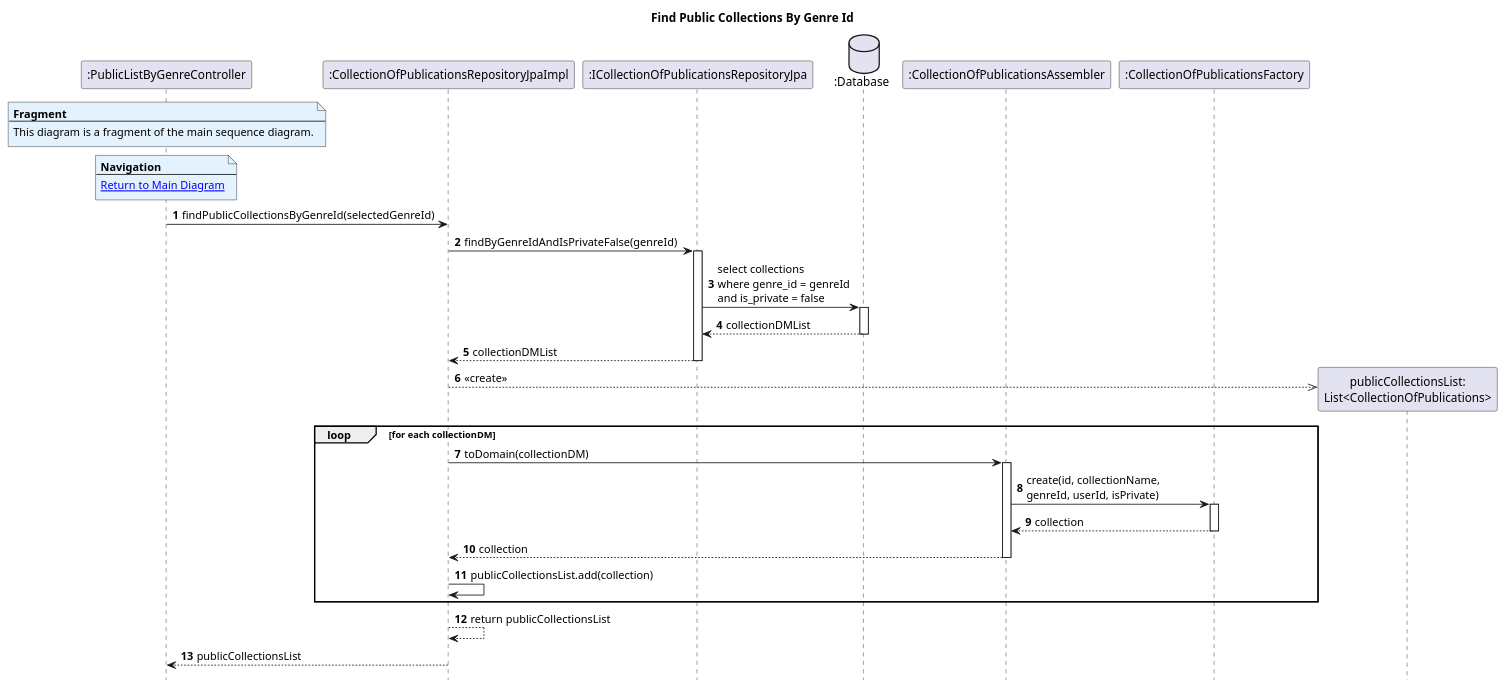
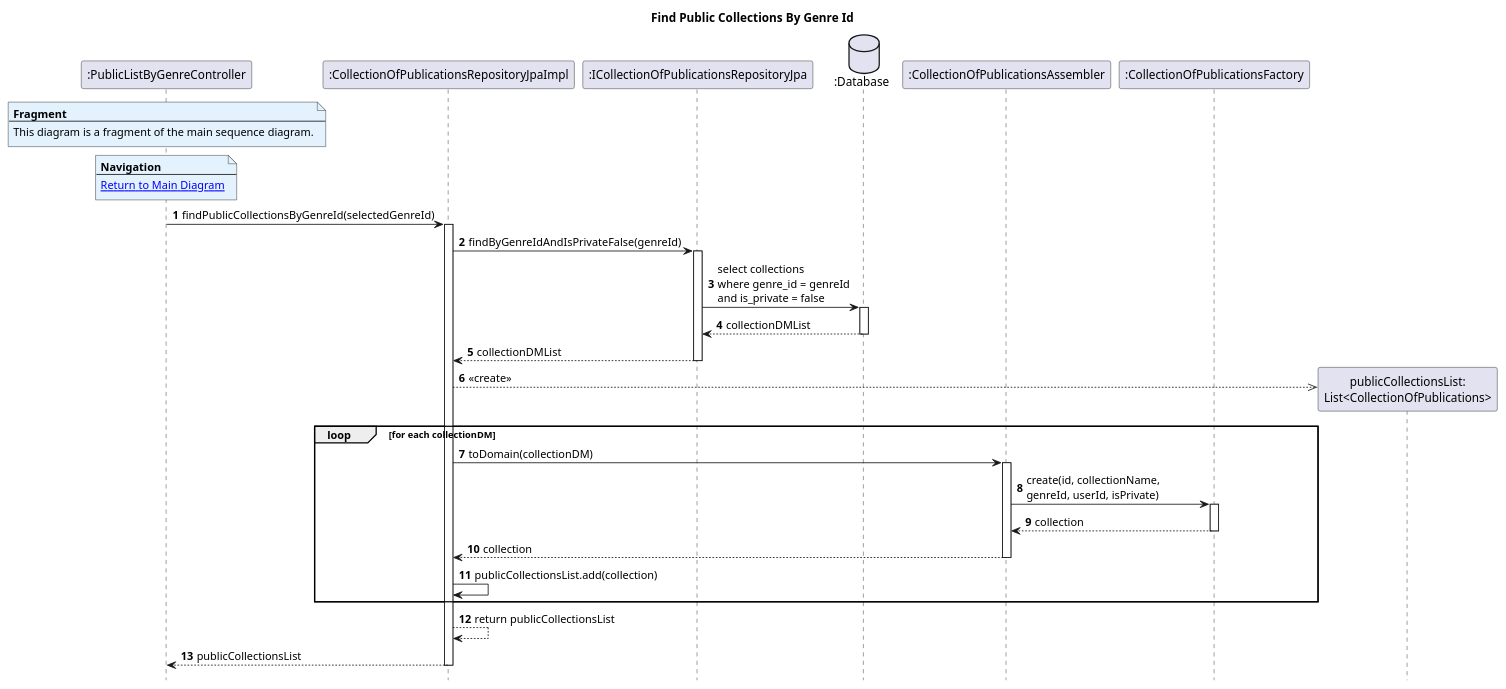
Before and after one commit to AndrePereiraGitH/SWitCH-Project-Team_A: the diagram in Diagrams/SequenceDiagrams/N2/To-get-list-of-public-lists-by-genre/3.FindPublicCollectionsByGenreId.puml, drawn with PlantUML. The commit also changed 3 other files, not shown here.

Commit message:
diagrams: fixed issues with find public lists by genre diagrams #753

```diff
--- a/Diagrams/SequenceDiagrams/N2/To-get-list-of-public-lists-by-genre/3.FindPublicCollectionsByGenreId.puml
+++ b/Diagrams/SequenceDiagrams/N2/To-get-list-of-public-lists-by-genre/3.FindPublicCollectionsByGenreId.puml
@@ -1,62 +1,64 @@
 @startuml
 hide footbox
 autonumber
 
 title Find Public Collections By Genre Id
 
 participant ":PublicListByGenreController" as Ctrl
 
 participant ":CollectionOfPublicationsRepositoryJpaImpl" as collectionRepo
 participant ":ICollectionOfPublicationsRepositoryJpa" as collectionRepoJpa
 database ":Database" as DB
 participant ":CollectionOfPublicationsAssembler" as assembler
 participant ":CollectionOfPublicationsFactory" as factory
 participant "publicCollectionsList:\nList<CollectionOfPublications>" as publicCollectionsList
 
 note over Ctrl #E3F2FD
 <b>Fragment</b>
 ---
 This diagram is a fragment of the main sequence diagram.
 end note
 
 note over Ctrl #E3F2FD
 <b>Navigation</b>
 ---
 [[1.MainDiagram.puml Return to Main Diagram]]
 end note
 
 Ctrl -> collectionRepo : findPublicCollectionsByGenreId(selectedGenreId)
+activate collectionRepo
 
 collectionRepo -> collectionRepoJpa : findByGenreIdAndIsPrivateFalse(genreId)
 activate collectionRepoJpa
 
 collectionRepoJpa -> DB : select collections\nwhere genre_id = genreId\nand is_private = false
 activate DB
 DB --> collectionRepoJpa : collectionDMList
 deactivate DB
 
 collectionRepoJpa --> collectionRepo : collectionDMList
 deactivate collectionRepoJpa
 
 collectionRepo -->> publicCollectionsList ** : <<create>>
 
 loop for each collectionDM
     collectionRepo -> assembler : toDomain(collectionDM)
     activate assembler
 
     assembler -> factory : create(id, collectionName,\ngenreId, userId, isPrivate)
     activate factory
     factory --> assembler : collection
     deactivate factory
 
     assembler --> collectionRepo : collection
     deactivate assembler
 
     collectionRepo -> collectionRepo : publicCollectionsList.add(collection)
 end
 
 collectionRepo --> collectionRepo : return publicCollectionsList
 
 collectionRepo --> Ctrl : publicCollectionsList
+deactivate collectionRepo
 
 @enduml
```
